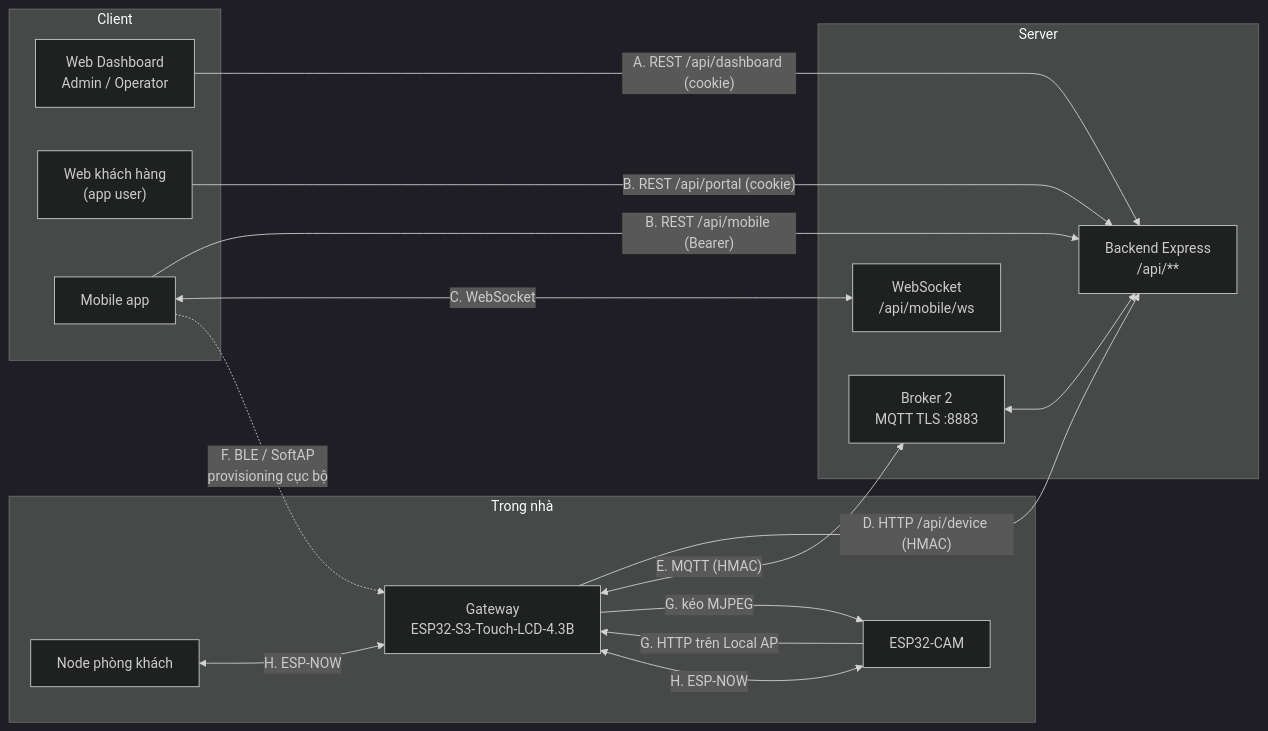
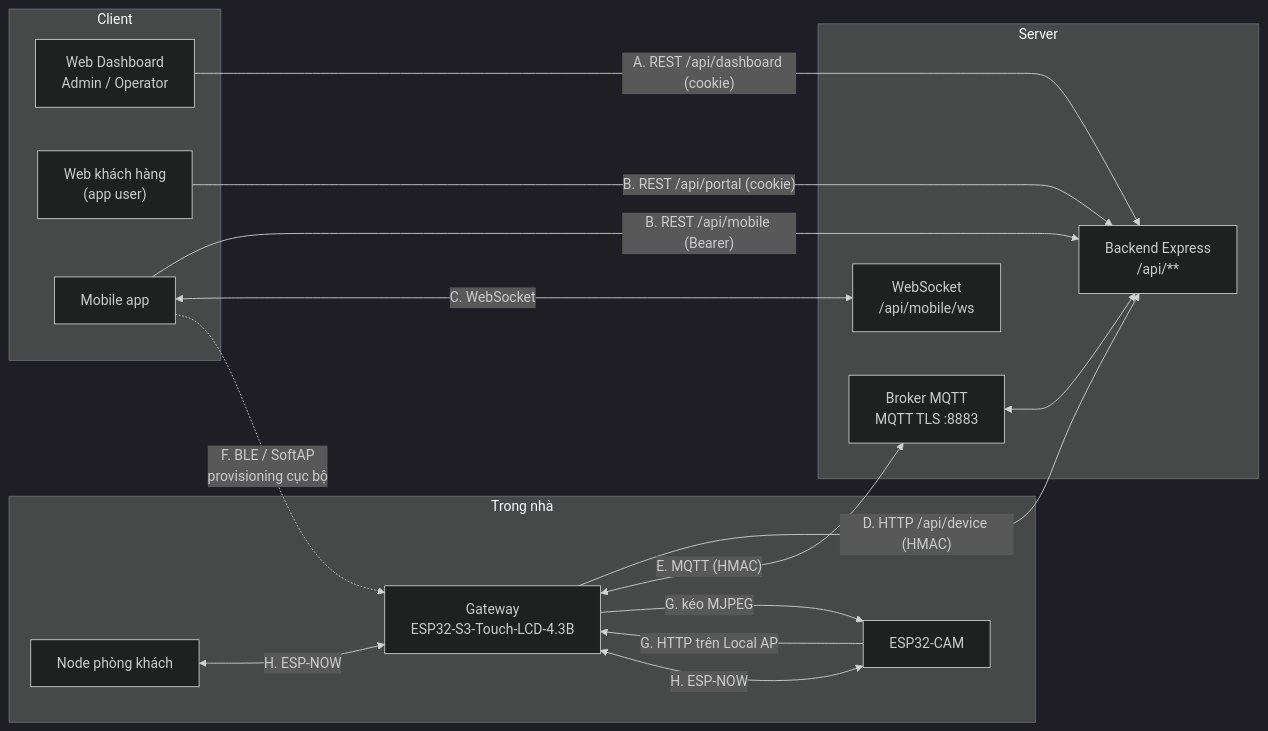
Before and after one commit to Noxxsanl/secure-smart-home: the diagram in docs/API_DESIGN.md, drawn with Mermaid (dark theme). The commit also changed other lines of this file and 51 other files, not shown here.

First line of the commit message:
Gỡ Broker 1, còn 1 broker MQTT TLS; bỏ "Nhà của Đạt" khỏi seed demo

````diff
--- a/docs/API_DESIGN.md
+++ b/docs/API_DESIGN.md
@@ -39,33 +39,33 @@
 ```mermaid
 flowchart LR
     subgraph CLIENT["Client"]
         WEB["Web Dashboard<br/>Admin / Operator"]
         PORTAL["Web khách hàng<br/>(app user)"]
         MOB["Mobile app"]
     end
 
     subgraph SERVER["Server"]
         API["Backend Express<br/>/api/**"]
         WS["WebSocket<br/>/api/mobile/ws"]
-        B2["Broker 2<br/>MQTT TLS :8883"]
+        B2["Broker MQTT<br/>MQTT TLS :8883"]
     end
 
     subgraph HOME["Trong nhà"]
         GW["Gateway<br/>ESP32-S3-Touch-LCD-4.3B"]
         CAM["ESP32-CAM"]
         NODE["Node phòng khách"]
     end
 
     WEB -->|"A. REST /api/dashboard (cookie)"| API
     PORTAL -->|"B. REST /api/portal (cookie)"| API
     MOB -->|"B. REST /api/mobile (Bearer)"| API
     MOB <-->|"C. WebSocket"| WS
     GW -->|"D. HTTP /api/device (HMAC)"| API
     GW <-->|"E. MQTT (HMAC)"| B2
     B2 <--> API
     MOB -.->|"F. BLE / SoftAP<br/>provisioning cục bộ"| GW
     CAM -->|"G. HTTP trên Local AP"| GW
     GW -->|"G. kéo MJPEG"| CAM
     NODE <-->|"H. ESP-NOW"| GW
     CAM <-->|"H. ESP-NOW"| GW
 ```
````
